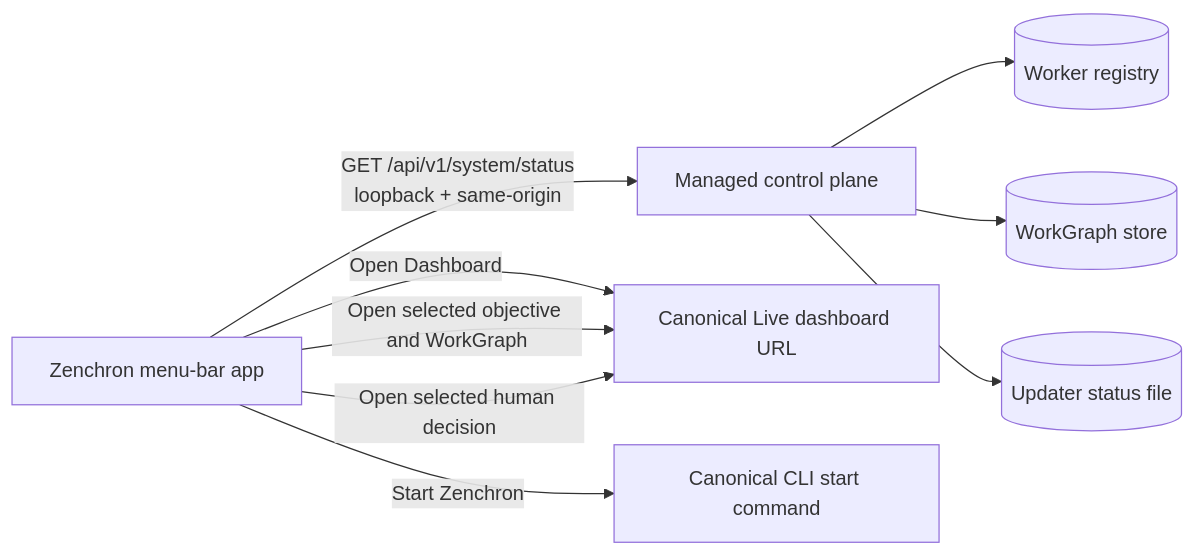
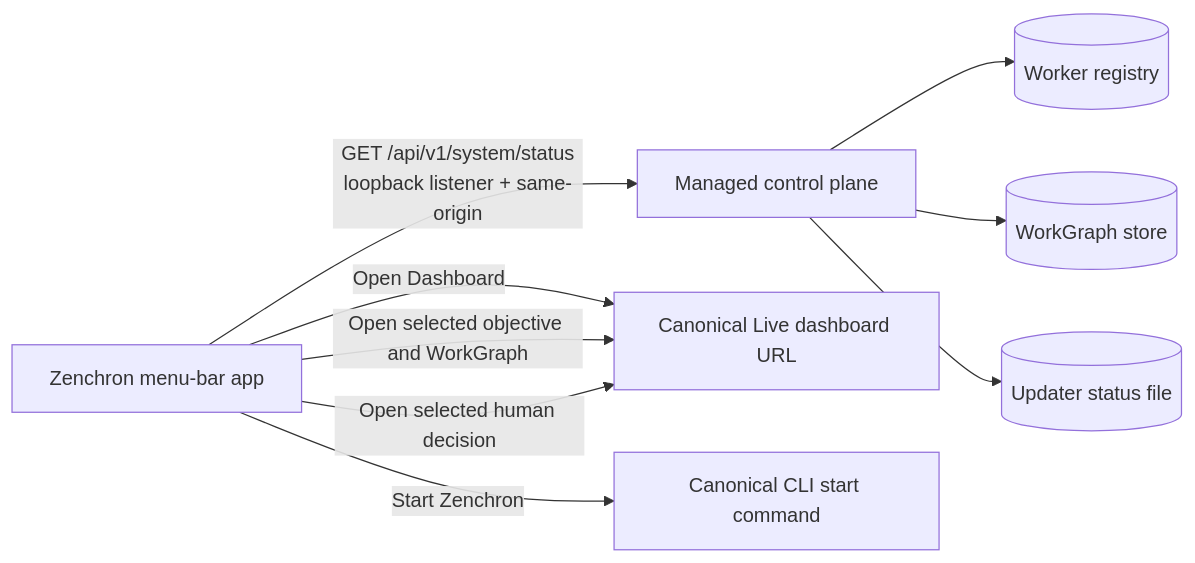
Before and after one commit to bogdaniel/zenchron-engineering-os: the diagram in docs/features/macos-menu-bar-companion.md, drawn with Mermaid. The commit also changed other lines of this file and 9 other files, not shown here.

Commit message:
fix(macos): harden companion status refresh

````diff
--- a/docs/features/macos-menu-bar-companion.md
+++ b/docs/features/macos-menu-bar-companion.md
@@ -8,11 +8,11 @@
 ```mermaid
 flowchart LR
-  Companion[Zenchron menu-bar app] -->|GET /api/v1/system/status<br/>loopback + same-origin| API[Managed control plane]
+  Companion[Zenchron menu-bar app] -->|GET /api/v1/system/status<br/>loopback listener + same-origin| API[Managed control plane]
   API --> Workers[(Worker registry)]
   API --> Graphs[(WorkGraph store)]
   API --> Update[(Updater status file)]
   Companion -->|Open Dashboard| Browser[Canonical Live dashboard URL]
   Companion -->|Open selected objective and WorkGraph| Browser
   Companion -->|Open selected human decision| Browser
   Companion -->|Start Zenchron| CLI[Canonical CLI start command]
 ```
````
